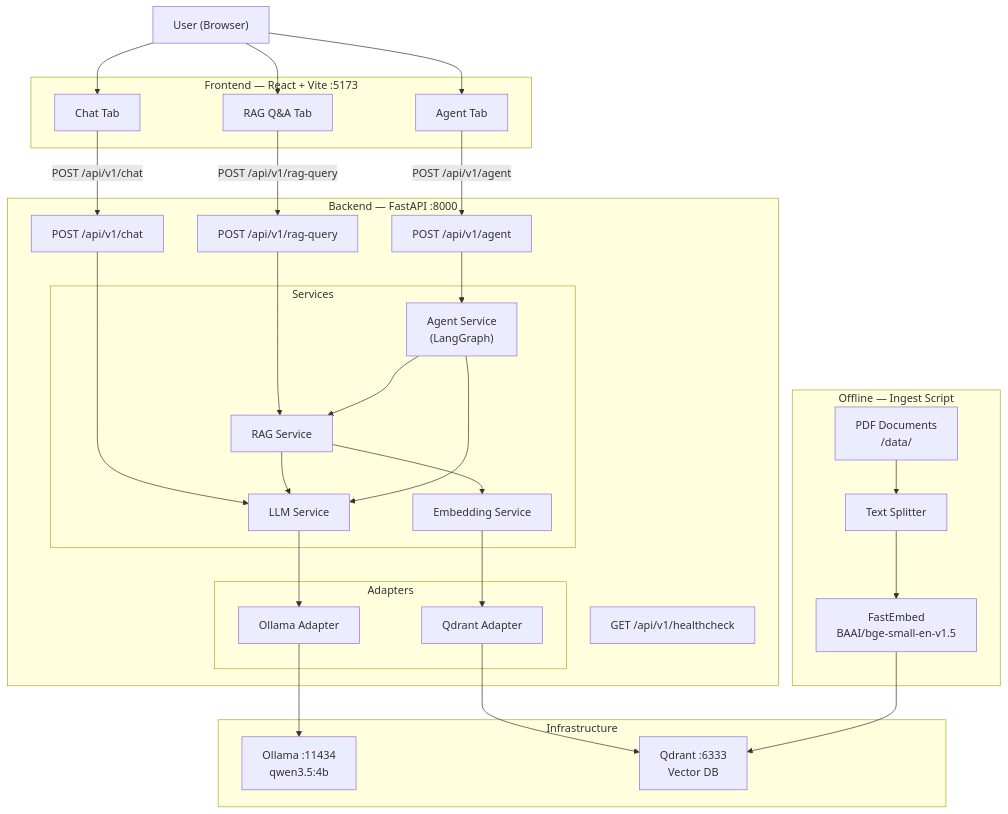
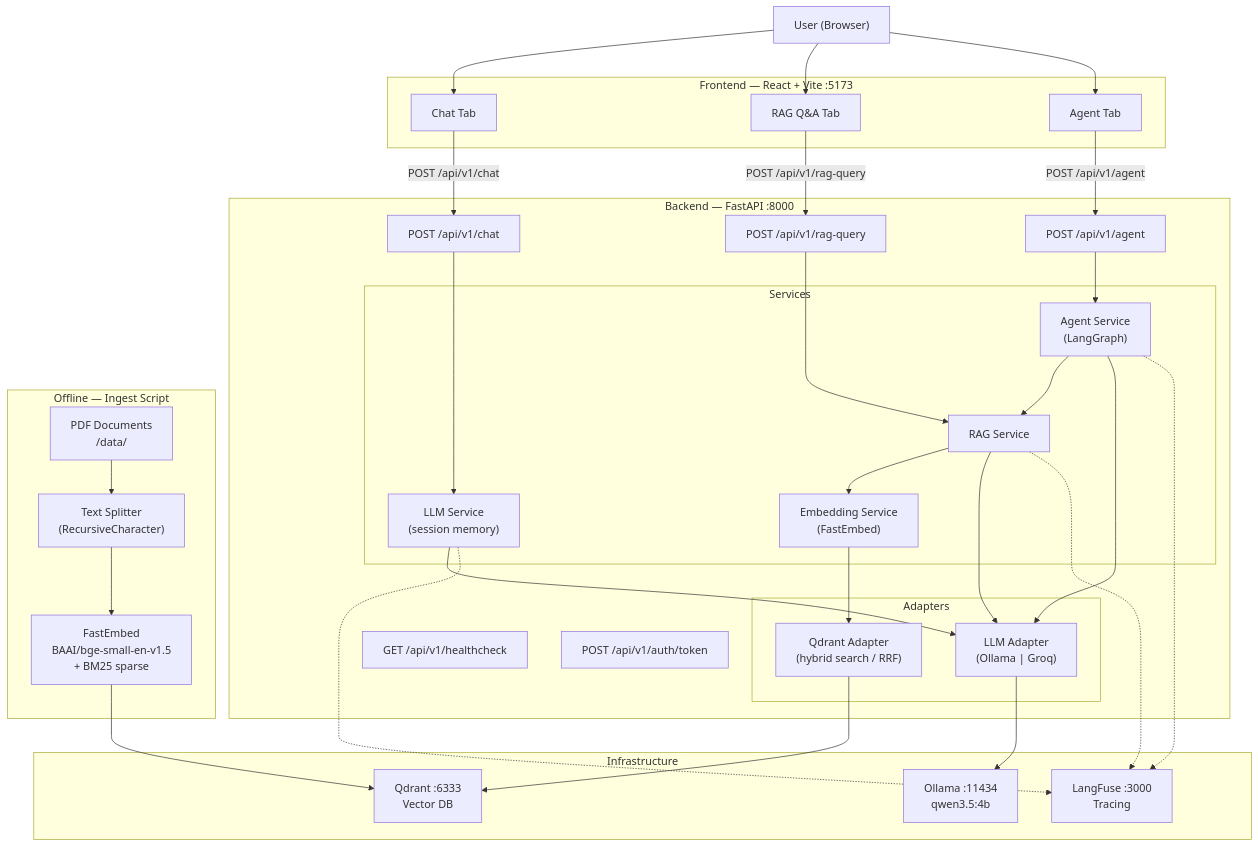
Before and after one commit to SalgueroAgus/challenge: the diagram in README.md, drawn with Mermaid. The commit also changed other lines of this file and 3 other files, not shown here.

````diff
--- a/README.md
+++ b/README.md
@@ -42,53 +43,59 @@
 ```mermaid
 graph TD
     User["User (Browser)"]
 
     subgraph Frontend["Frontend — React + Vite :5173"]
         UI_Chat["Chat Tab"]
         UI_RAG["RAG Q&A Tab"]
         UI_Agent["Agent Tab"]
     end
 
     subgraph Backend["Backend — FastAPI :8000"]
         HC["GET /api/v1/healthcheck"]
+        Auth["POST /api/v1/auth/token"]
         Chat["POST /api/v1/chat"]
         RAG["POST /api/v1/rag-query"]
         Agent["POST /api/v1/agent"]
 
         subgraph Services
-            LLMService["LLM Service"]
+            LLMService["LLM Service\n(session memory)"]
             RAGService["RAG Service"]
             AgentService["Agent Service\n(LangGraph)"]
-            EmbedService["Embedding Service"]
+            EmbedService["Embedding Service\n(FastEmbed)"]
         end
 
         subgraph Adapters
-            OllamaAdapter["Ollama Adapter"]
-            QdrantAdapter["Qdrant Adapter"]
+            LLMAdapter["LLM Adapter\n(Ollama | Groq)"]
+            QdrantAdapter["Qdrant Adapter\n(hybrid search / RRF)"]
         end
     end
 
     subgraph Infra["Infrastructure"]
         Ollama["Ollama :11434\nqwen3.5:4b"]
         Qdrant["Qdrant :6333\nVector DB"]
+        LF["LangFuse :3000\nTracing"]
     end
 
     subgraph Ingest["Offline — Ingest Script"]
         PDFs["PDF Documents\n/data/"]
-        Chunker["Text Splitter"]
-        Embedder["FastEmbed\nBAAI/bge-small-en-v1.5"]
+        Chunker["Text Splitter\n(RecursiveCharacter)"]
+        Embedder["FastEmbed\nBAAI/bge-small-en-v1.5\n+ BM25 sparse"]
     end
 
     User --> UI_Chat & UI_RAG & UI_Agent
     UI_Chat -- "POST /api/v1/chat" --> Chat
     UI_RAG -- "POST /api/v1/rag-query" --> RAG
     UI_Agent -- "POST /api/v1/agent" --> Agent
 
-    Chat --> LLMService --> OllamaAdapter --> Ollama
+    Chat --> LLMService --> LLMAdapter --> Ollama
     RAG --> RAGService --> EmbedService --> QdrantAdapter --> Qdrant
-    RAGService --> LLMService
+    RAGService --> LLMAdapter
     Agent --> AgentService --> RAGService
-    AgentService --> LLMService
+    AgentService --> LLMAdapter
 
     PDFs --> Chunker --> Embedder --> Qdrant
+
+    LLMService -.-> LF
+    RAGService -.-> LF
+    AgentService -.-> LF
 ```
````
